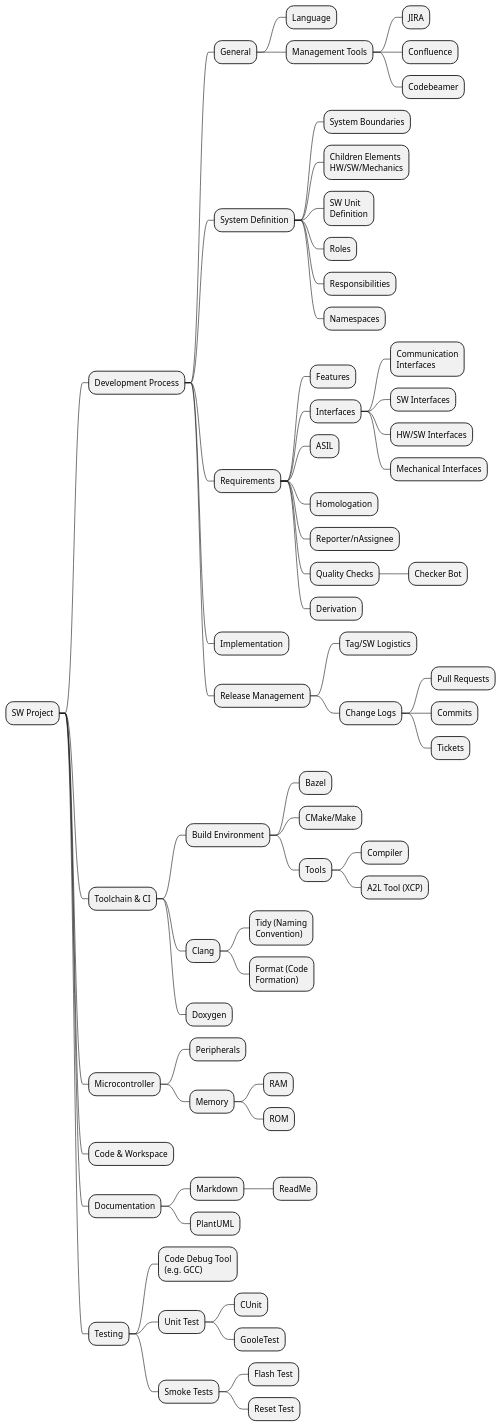
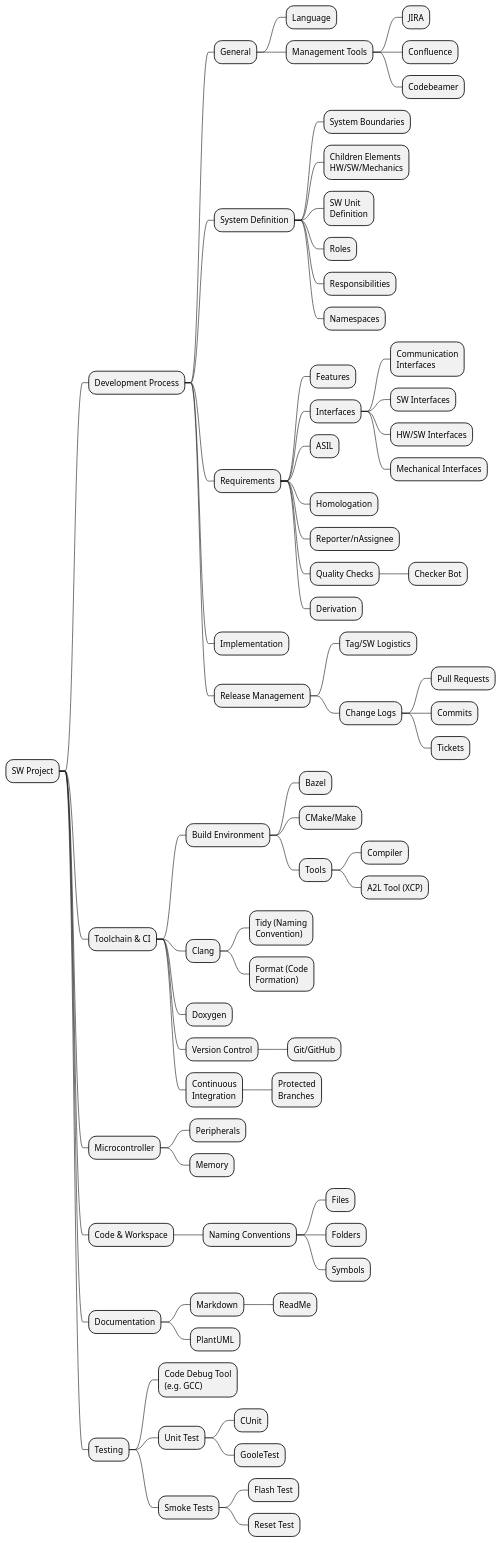
The diagram in swProjectNeeds.puml (t0biasm/embedded-project), drawn with PlantUML before and after one commit.

Commit message:
MindMap Extension

```diff
--- a/swProjectNeeds.puml
+++ b/swProjectNeeds.puml
@@ -1,66 +1,72 @@
 @startmindmap
 * SW Project
 ** Development Process
 *** General
 **** Language
 **** Management Tools
 ***** JIRA
 ***** Confluence
 ***** Codebeamer
 *** System Definition
 **** System Boundaries
 **** Children Elements\nHW/SW/Mechanics
 **** SW Unit\nDefinition
 **** Roles
 **** Responsibilities
 **** Namespaces
 *** Requirements
 **** Features
 **** Interfaces
 ***** Communication\nInterfaces
 ***** SW Interfaces
 ***** HW/SW Interfaces
 ***** Mechanical Interfaces
 **** ASIL
 **** Homologation
 **** Reporter/nAssignee
 **** Quality Checks
 ***** Checker Bot
 **** Derivation
 *** Implementation
 *** Release Management
 **** Tag/SW Logistics
 **** Change Logs
 ***** Pull Requests
 ***** Commits
 ***** Tickets
 ** Toolchain & CI
 *** Build Environment
 **** Bazel
 **** CMake/Make
 **** Tools
 ***** Compiler
 ***** A2L Tool (XCP)
 *** Clang
 **** Tidy (Naming\nConvention)
 **** Format (Code\nFormation)
 *** Doxygen
+*** Version Control
+**** Git/GitHub
+*** Continuous\nIntegration
+**** Protected\nBranches
 ** Microcontroller
 *** Peripherals
 *** Memory
-**** RAM
-**** ROM
 ** Code & Workspace
+*** Naming Conventions
+**** Files
+**** Folders
+**** Symbols
 ** Documentation
 *** Markdown
 **** ReadMe
 *** PlantUML
 ** Testing
 *** Code Debug Tool\n(e.g. GCC)
 *** Unit Test
 **** CUnit
 **** GooleTest
 *** Smoke Tests
 **** Flash Test
 **** Reset Test
 @endmindmap
```
